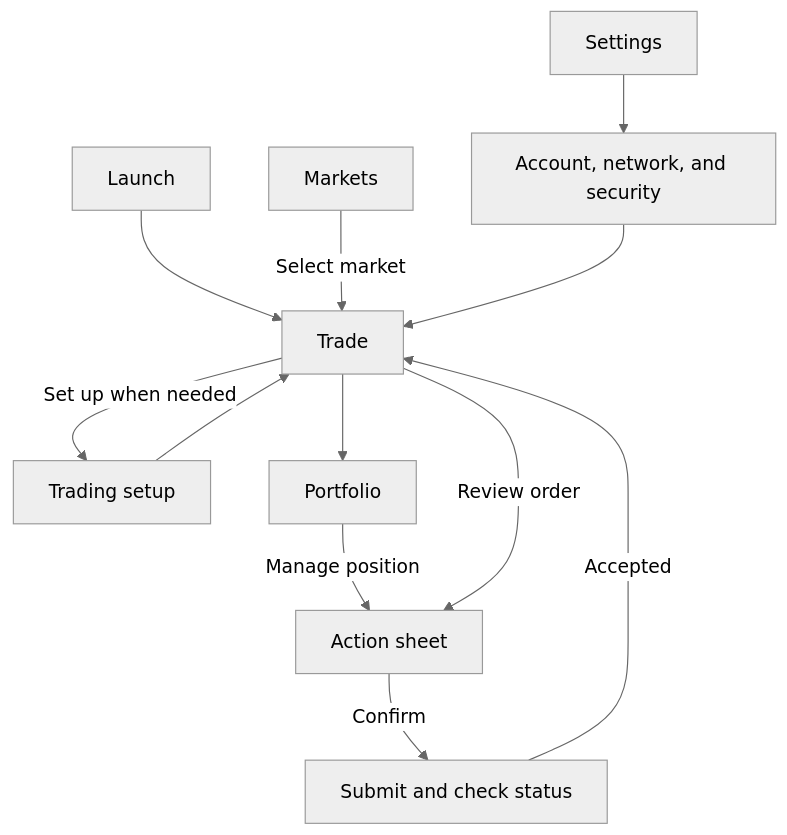
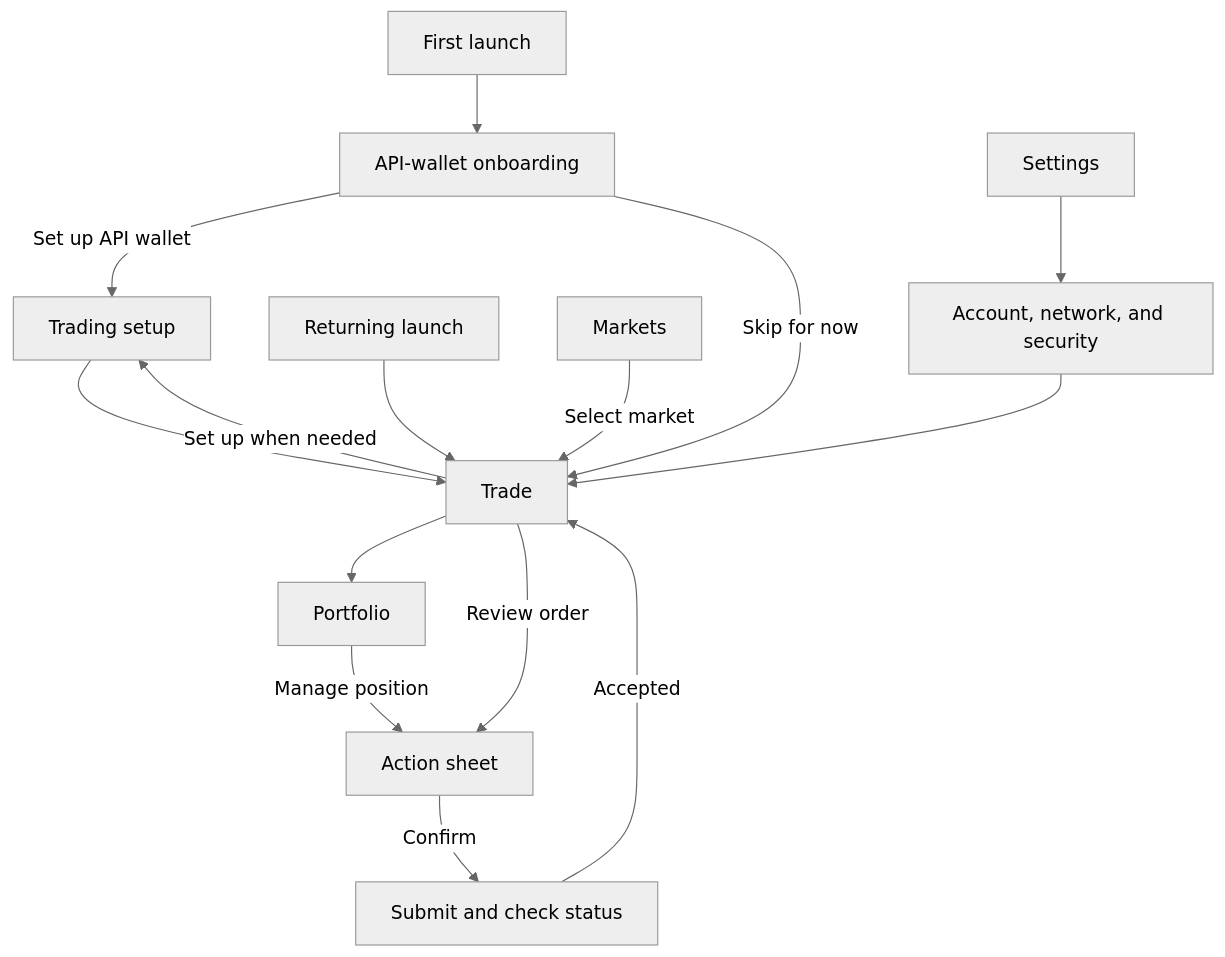
The diagram in docs/design/mobile-screen-system.md (stonega/hyper-trader), drawn with Mermaid (neutral theme) before and after one commit. The commit also changed other lines of this file and 46 other files, not shown here.

````diff
--- a/docs/design/mobile-screen-system.md
+++ b/docs/design/mobile-screen-system.md
@@ -37,14 +37,17 @@
 ```mermaid
 flowchart TB
-  Launch[Launch] --> Trade[Trade]
+  FreshLaunch[First launch] --> Onboarding[API-wallet onboarding]
+  Onboarding -->|Set up API wallet| Setup[Trading setup]
+  Onboarding -->|Skip for now| Trade[Trade]
+  ReturningLaunch[Returning launch] --> Trade
   Trade -->|Set up when needed| Setup[Trading setup]
   Setup --> Trade
   Markets[Markets] -->|Select market| Trade
   Trade --> Portfolio[Portfolio]
   Portfolio -->|Manage position| Review[Action sheet]
   Trade -->|Review order| Review
   Review -->|Confirm| Submit[Submit and check status]
   Submit -->|Accepted| Trade
   Settings[Settings] --> Context[Account, network, and security]
   Context --> Trade
 ```
````
